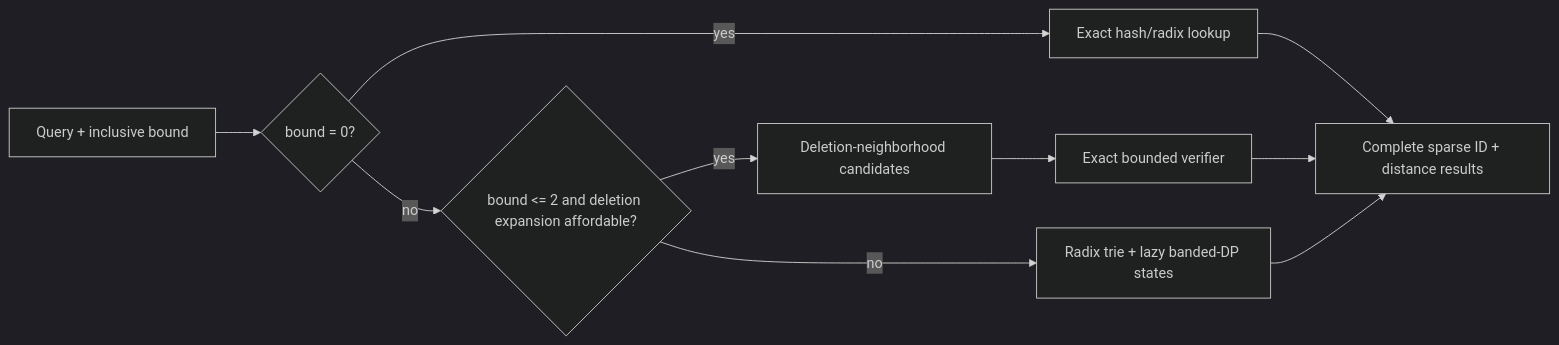
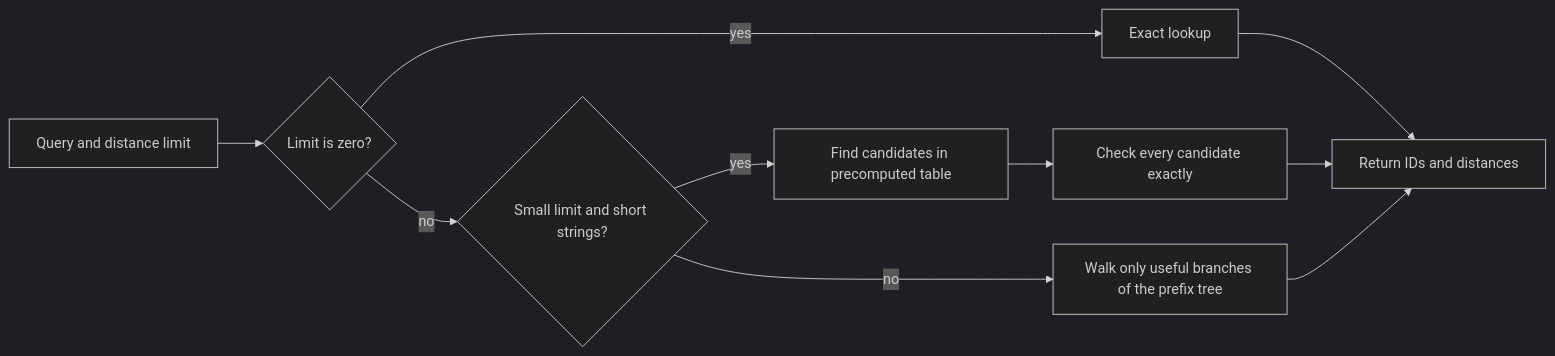
One commit to grouville/StringZilla changed the diagram in infos/LEVENSHTEIN-INDEX-PR-DRAFT.md. Above: the diagram before and after it, drawn with Mermaid (dark theme). The commit also changed other lines of this file, not shown here.

````diff
--- a/infos/LEVENSHTEIN-INDEX-PR-DRAFT.md
+++ b/infos/LEVENSHTEIN-INDEX-PR-DRAFT.md
@@ -20,12 +40,12 @@
 ```mermaid
 flowchart LR
-    Q[Query + inclusive bound] --> Z{bound = 0?}
-    Z -->|yes| H[Exact hash/radix lookup]
-    Z -->|no| D{bound <= 2 and deletion expansion affordable?}
-    D -->|yes| F[Deletion-neighborhood candidates]
-    F --> V[Exact bounded verifier]
-    D -->|no| T[Radix trie + lazy banded-DP states]
-    H --> R[Complete sparse ID + distance results]
+    Q[Query and distance limit] --> Z{Limit is zero?}
+    Z -->|yes| H[Exact lookup]
+    Z -->|no| D{Small limit and short strings?}
+    D -->|yes| F[Find candidates in precomputed table]
+    F --> V[Check every candidate exactly]
+    D -->|no| T[Walk only useful branches of the prefix tree]
+    H --> R[Return IDs and distances]
     V --> R
     T --> R
 ```
````
